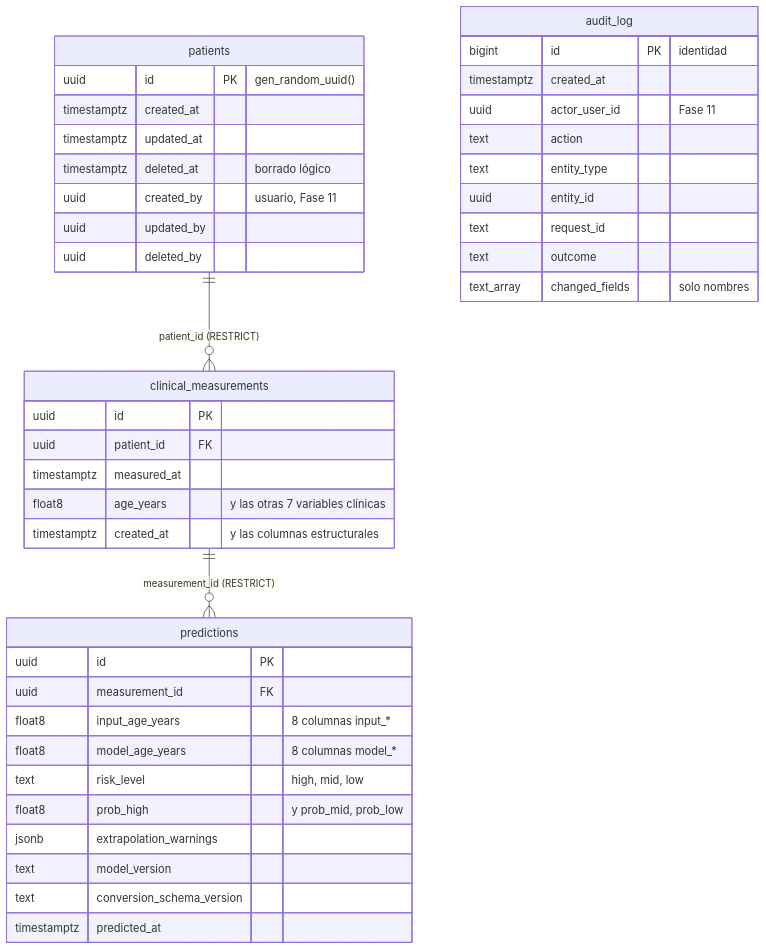
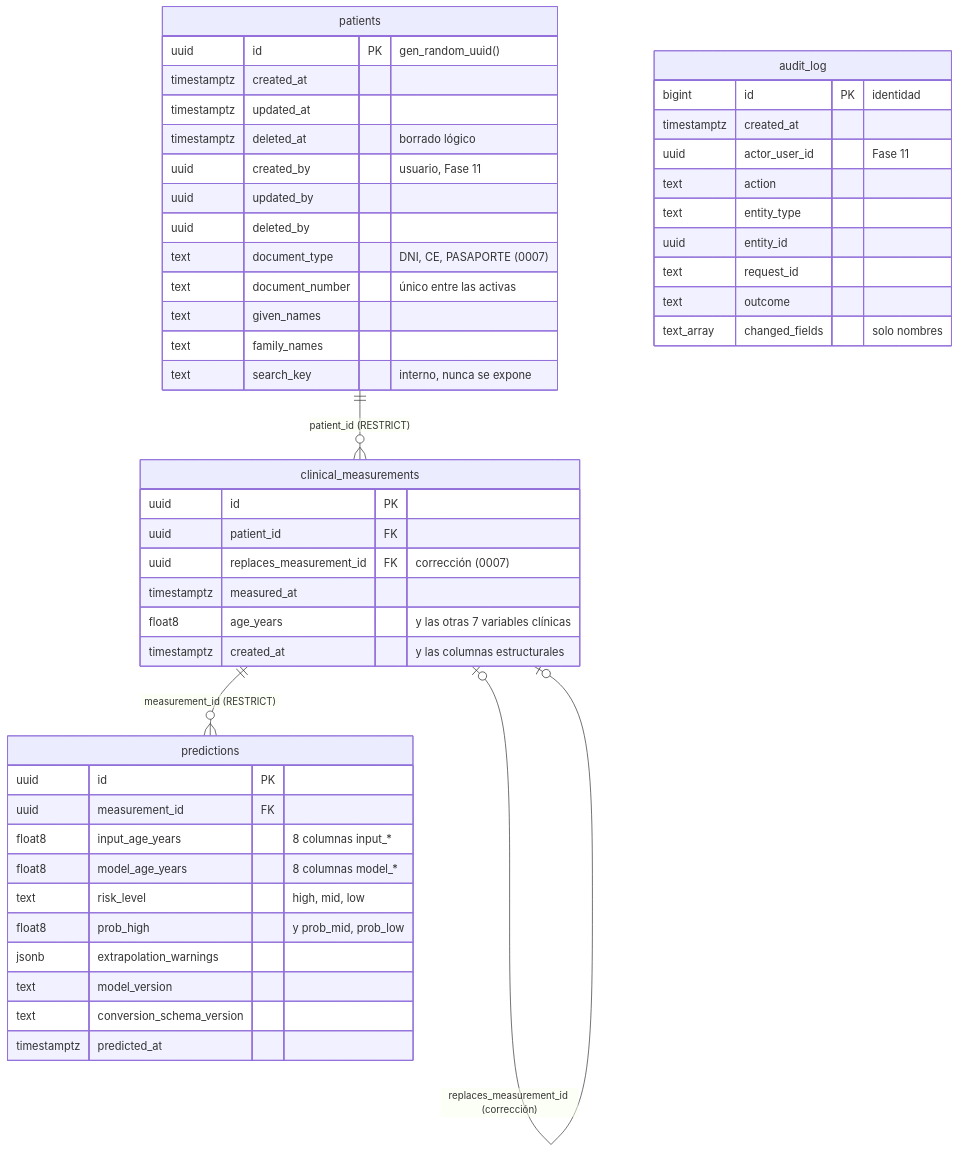
One commit to jhanio/gynfem-backend changed the diagram in docs/ERD.md. Above: the diagram before and after it, drawn with Mermaid. The commit also changed other lines of this file and 8 other files, not shown here.

````diff
--- a/docs/ERD.md
+++ b/docs/ERD.md
@@ -71,45 +72,52 @@
 ```mermaid
 erDiagram
     patients ||--o{ clinical_measurements : "patient_id (RESTRICT)"
     clinical_measurements ||--o{ predictions : "measurement_id (RESTRICT)"
+    clinical_measurements |o--o| clinical_measurements : "replaces_measurement_id (corrección)"
 
     patients {
         uuid id PK "gen_random_uuid()"
         timestamptz created_at
         timestamptz updated_at
         timestamptz deleted_at "borrado lógico"
         uuid created_by "usuario, Fase 11"
         uuid updated_by
         uuid deleted_by
+        text document_type "DNI, CE, PASAPORTE (0007)"
+        text document_number "único entre las activas"
+        text given_names
+        text family_names
+        text search_key "interno, nunca se expone"
     }
     clinical_measurements {
         uuid id PK
         uuid patient_id FK
+        uuid replaces_measurement_id FK "corrección (0007)"
         timestamptz measured_at
         float8 age_years "y las otras 7 variables clínicas"
         timestamptz created_at "y las columnas estructurales"
     }
     predictions {
         uuid id PK
         uuid measurement_id FK
         float8 input_age_years "8 columnas input_*"
         float8 model_age_years "8 columnas model_*"
         text risk_level "high, mid, low"
         float8 prob_high "y prob_mid, prob_low"
         jsonb extrapolation_warnings
         text model_version
         text conversion_schema_version
         timestamptz predicted_at
     }
     audit_log {
         bigint id PK "identidad"
         timestamptz created_at
         uuid actor_user_id "Fase 11"
         text action
         text entity_type
         uuid entity_id
         text request_id
         text outcome
         text_array changed_fields "solo nombres"
     }
 ```
````
